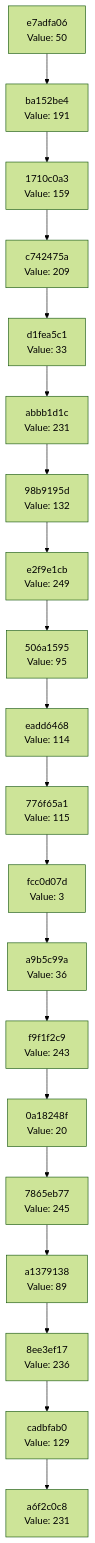
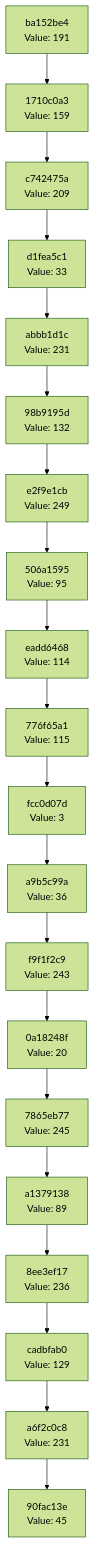
Before and after one commit to Abhisheksinha1506/hash-chain-evolver: the diagram in docs/CHAIN_VISUALIZATION.md, drawn with Mermaid (forest theme). The commit also changed 2 other files, not shown here.

Commit message:
Evolution step: hash 0x2D → action executed

````diff
--- a/docs/CHAIN_VISUALIZATION.md
+++ b/docs/CHAIN_VISUALIZATION.md
@@ -3,42 +3,42 @@
 ```mermaid
 graph TD
-    C0["a6f2c0c8<br/>Value: 231"]
-    C1["cadbfab0<br/>Value: 129"]
+    C0["90fac13e<br/>Value: 45"]
+    C1["a6f2c0c8<br/>Value: 231"]
     C1 --> C0
-    C2["8ee3ef17<br/>Value: 236"]
+    C2["cadbfab0<br/>Value: 129"]
     C2 --> C1
-    C3["a1379138<br/>Value: 89"]
+    C3["8ee3ef17<br/>Value: 236"]
     C3 --> C2
-    C4["7865eb77<br/>Value: 245"]
+    C4["a1379138<br/>Value: 89"]
     C4 --> C3
-    C5["0a18248f<br/>Value: 20"]
+    C5["7865eb77<br/>Value: 245"]
     C5 --> C4
-    C6["f9f1f2c9<br/>Value: 243"]
+    C6["0a18248f<br/>Value: 20"]
     C6 --> C5
-    C7["a9b5c99a<br/>Value: 36"]
+    C7["f9f1f2c9<br/>Value: 243"]
     C7 --> C6
-    C8["fcc0d07d<br/>Value: 3"]
+    C8["a9b5c99a<br/>Value: 36"]
     C8 --> C7
-    C9["776f65a1<br/>Value: 115"]
+    C9["fcc0d07d<br/>Value: 3"]
     C9 --> C8
-    C10["eadd6468<br/>Value: 114"]
+    C10["776f65a1<br/>Value: 115"]
     C10 --> C9
-    C11["506a1595<br/>Value: 95"]
+    C11["eadd6468<br/>Value: 114"]
     C11 --> C10
-    C12["e2f9e1cb<br/>Value: 249"]
+    C12["506a1595<br/>Value: 95"]
     C12 --> C11
-    C13["98b9195d<br/>Value: 132"]
+    C13["e2f9e1cb<br/>Value: 249"]
     C13 --> C12
-    C14["abbb1d1c<br/>Value: 231"]
+    C14["98b9195d<br/>Value: 132"]
     C14 --> C13
-    C15["d1fea5c1<br/>Value: 33"]
+    C15["abbb1d1c<br/>Value: 231"]
     C15 --> C14
-    C16["c742475a<br/>Value: 209"]
+    C16["d1fea5c1<br/>Value: 33"]
     C16 --> C15
-    C17["1710c0a3<br/>Value: 159"]
+    C17["c742475a<br/>Value: 209"]
     C17 --> C16
-    C18["ba152be4<br/>Value: 191"]
+    C18["1710c0a3<br/>Value: 159"]
     C18 --> C17
-    C19["e7adfa06<br/>Value: 50"]
+    C19["ba152be4<br/>Value: 191"]
     C19 --> C18
 ```
````
